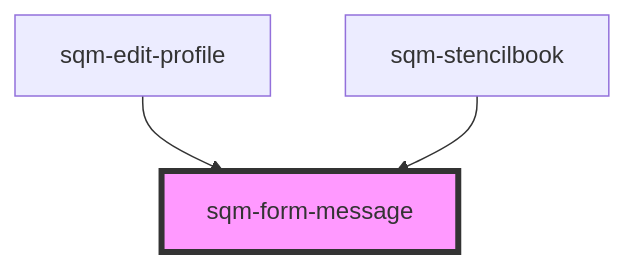
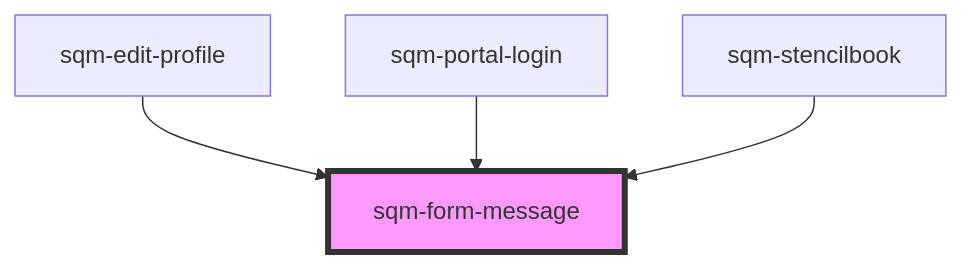
One commit to saasquatch/program-tools changed the diagram in packages/mint-components/src/components/sqm-form-message/readme.md. Above: the diagram before and after it, drawn with Mermaid. The commit also changed 8 other files, not shown here.

Commit message:
IH: WIP - portal login

````diff
--- a/packages/mint-components/src/components/sqm-form-message/readme.md
+++ b/packages/mint-components/src/components/sqm-form-message/readme.md
@@ -24,6 +24,7 @@
 ```mermaid
 graph TD;
   sqm-edit-profile --> sqm-form-message
+  sqm-portal-login --> sqm-form-message
   sqm-stencilbook --> sqm-form-message
   style sqm-form-message fill:#f9f,stroke:#333,stroke-width:4px
 ```
````
